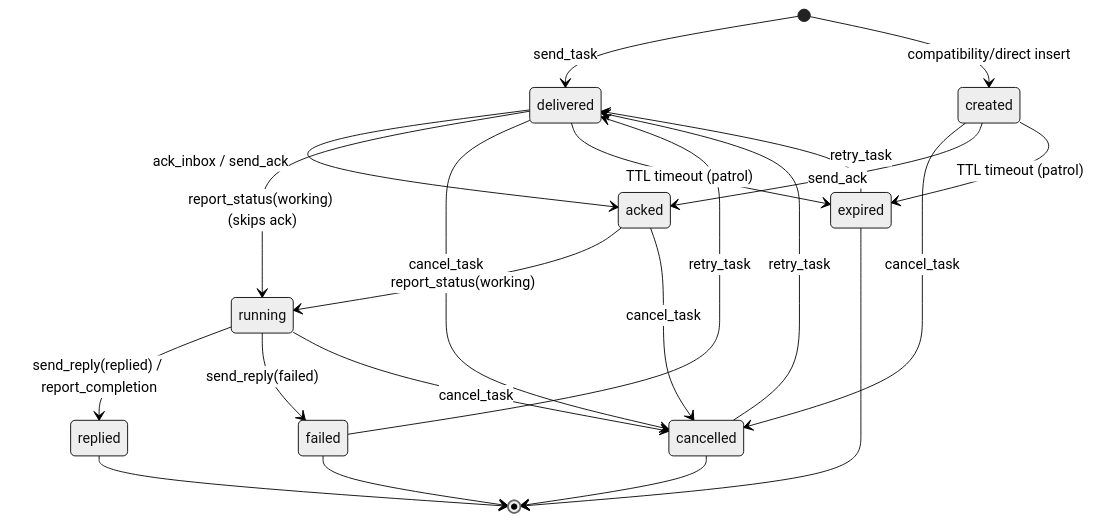
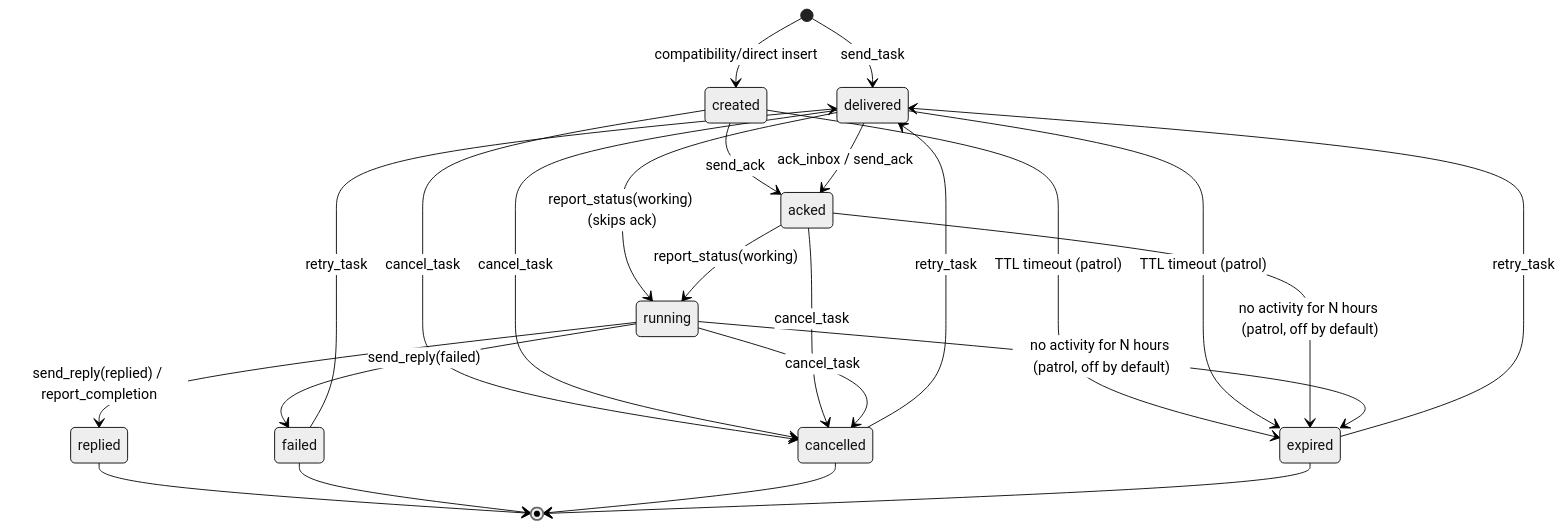
Before and after one commit to sleep2agi/agent-network: the first of 5 diagrams in docs-site/docs/en/concepts/task-lifecycle.md, drawn with Mermaid (neutral theme). The commit also changed other lines of this file and 8 other files, not shown here.

First line of the commit message:
fix(hub): optional patrol rule for stale acked/running tasks; bound expiry-notice "ahead" to 24h (#519, #2322)

````diff
--- a/docs-site/docs/en/concepts/task-lifecycle.md
+++ b/docs-site/docs/en/concepts/task-lifecycle.md
@@ -7,30 +7,32 @@
 ```mermaid
 stateDiagram-v2
     [*] --> delivered: send_task
     [*] --> created: compatibility/direct insert
 
     created --> cancelled: cancel_task
     created --> acked: send_ack
     created --> expired: TTL timeout (patrol)
 
     delivered --> acked: ack_inbox / send_ack
     delivered --> running: report_status(working) (skips ack)
     delivered --> cancelled: cancel_task
     delivered --> expired: TTL timeout (patrol)
 
     acked --> running: report_status(working)
     acked --> cancelled: cancel_task
+    acked --> expired: no activity for N hours (patrol, off by default)
 
     running --> replied: send_reply(replied) / report_completion
     running --> failed: send_reply(failed)
     running --> cancelled: cancel_task
+    running --> expired: no activity for N hours (patrol, off by default)
 
     replied --> [*]
     failed --> delivered: retry_task
     cancelled --> delivered: retry_task
     expired --> delivered: retry_task
 
     failed --> [*]
     cancelled --> [*]
     expired --> [*]
 ```
````
